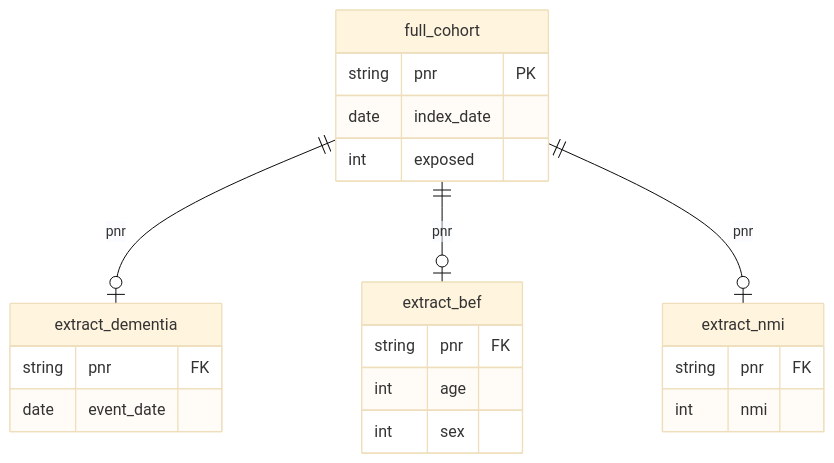
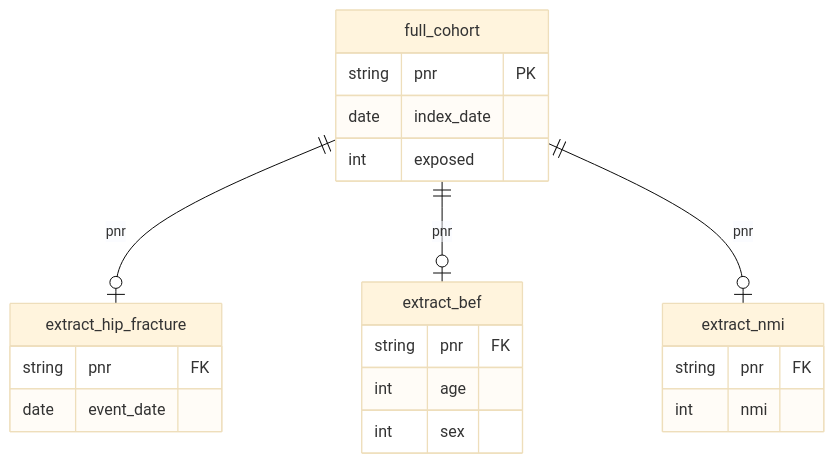
One commit to steno-aarhus/registers-guide changed the diagram in joins.qmd. Above: the diagram before and after it, drawn with Mermaid (base theme). The commit also changed other lines of this file and 9 other files, not shown here.

Commit message:
example study: surgery -> hip fracture (S72) instead of dementia, surgery from LPR procedure codes, labelled illustration only

````diff
--- a/joins.qmd
+++ b/joins.qmd
@@ -39,24 +39,24 @@
 ```{mermaid}
 erDiagram
-    full_cohort ||--o| extract_dementia : pnr
+    full_cohort ||--o| extract_hip_fracture : pnr
     full_cohort ||--o| extract_bef : pnr
     full_cohort ||--o| extract_nmi : pnr
     full_cohort {
         string pnr PK
         date index_date
         int exposed
     }
-    extract_dementia {
+    extract_hip_fracture {
         string pnr FK
         date event_date
     }
     extract_bef {
         string pnr FK
         int age
         int sex
     }
     extract_nmi {
         string pnr FK
         int nmi
     }
 ```
````
